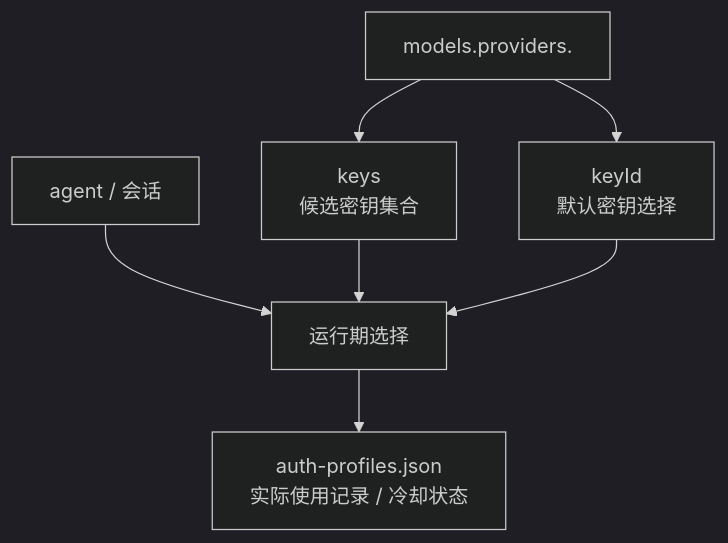
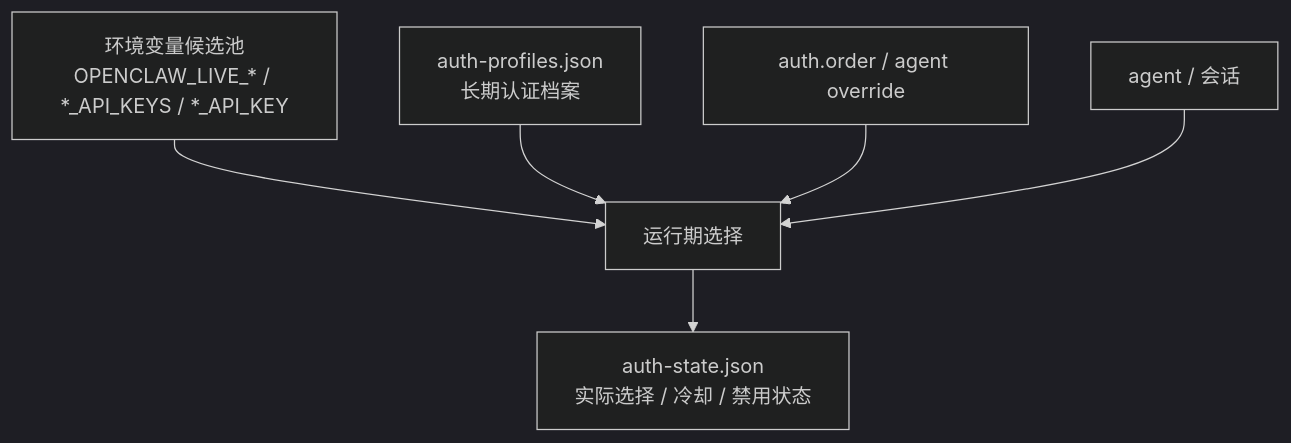
The first of 2 diagrams in 11_reliability_security/11.1_auth_profiles.md (yeasy/openclaw_guide), drawn with Mermaid (dark theme) before and after one commit. The commit also changed other lines of this file and 44 other files, not shown here.

````diff
--- a/11_reliability_security/11.1_auth_profiles.md
+++ b/11_reliability_security/11.1_auth_profiles.md
@@ -19,9 +19,8 @@
 ```mermaid
 flowchart TD
-  P["models.providers.<provider>"] --> K["keys<br/>候选密钥集合"]
-  P --> D["keyId<br/>默认密钥选择"]
+  E["环境变量候选池<br/>OPENCLAW_LIVE_* / *_API_KEYS / *_API_KEY"] --> S["运行期选择"]
+  P["auth-profiles.json<br/>长期认证档案"] --> S
+  O["auth.order / agent override"] --> S
   A["agent / 会话"] --> S["运行期选择"]
-  K --> S
-  D --> S
-  S --> AP["auth-profiles.json<br/>实际使用记录 / 冷却状态"]
+  S --> AP["auth-state.json<br/>实际选择 / 冷却 / 禁用状态"]
 ```
````
